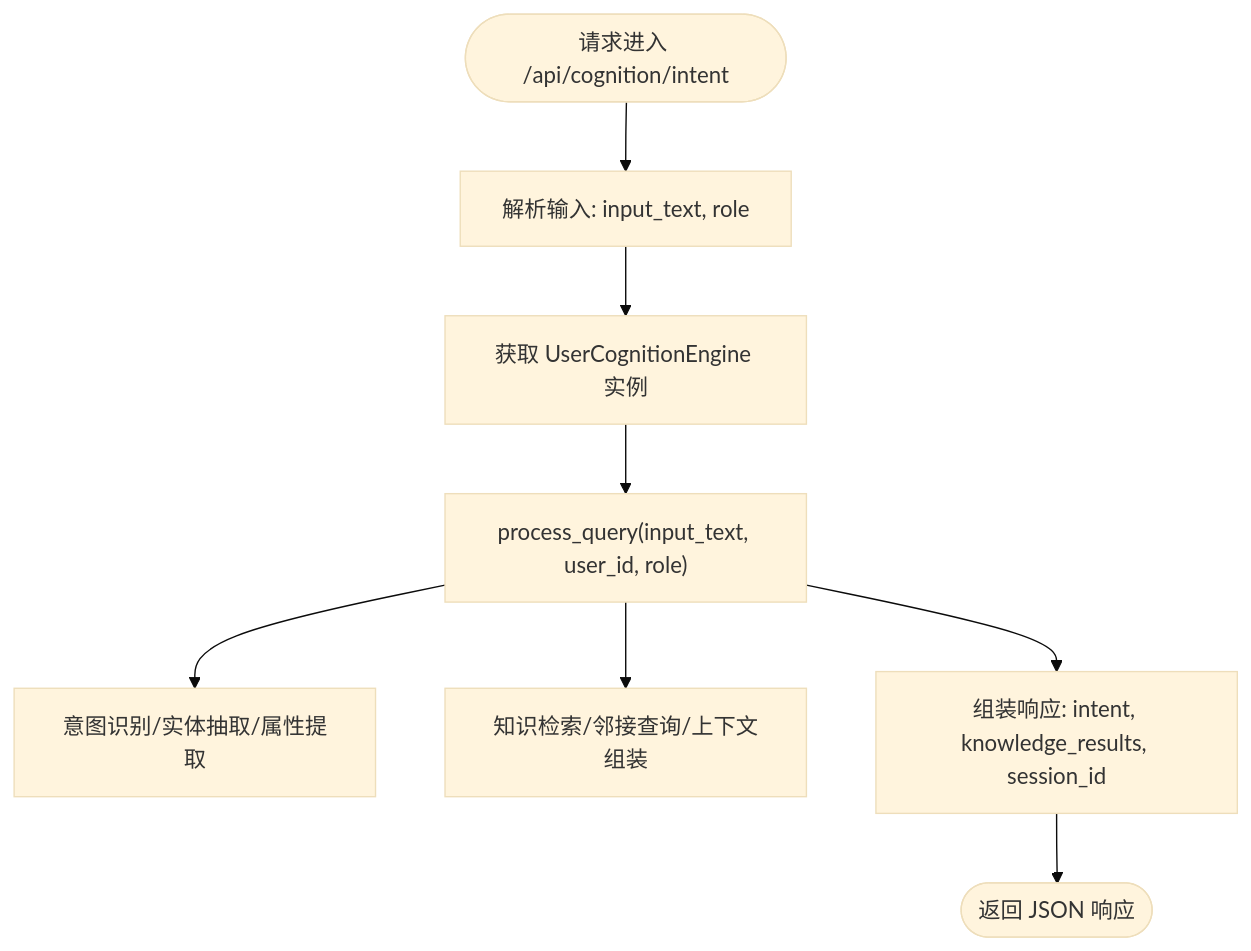
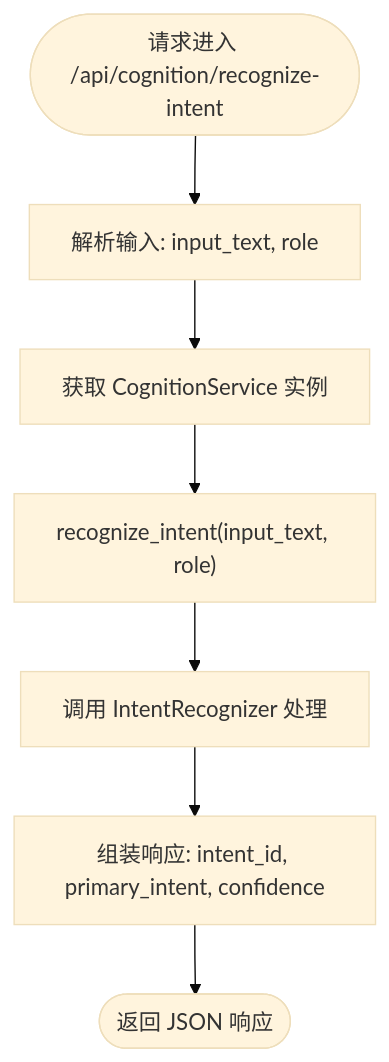
Before and after one commit to inier/ontology-graphiti: the sixth of 8 diagrams in .qoder/repowiki/zh/content/核心模块/核心领域模块/认知引擎.md, drawn with Mermaid (base theme). The commit also changed other lines of this file and 64 other files, not shown here.

````diff
--- a/.qoder/repowiki/zh/content/核心模块/核心领域模块/认知引擎.md
+++ b/.qoder/repowiki/zh/content/核心模块/核心领域模块/认知引擎.md
@@ -306,10 +369,9 @@
 ```mermaid
 flowchart TD
-Start(["请求进入 /api/cognition/intent"]) --> Parse["解析输入: input_text, role"]
-Parse --> GetEngine["获取 UserCognitionEngine 实例"]
-GetEngine --> Process["process_query(input_text, user_id, role)"]
-Process --> Intent["意图识别/实体抽取/属性提取"]
-Process --> Search["知识检索/邻接查询/上下文组装"]
-Process --> BuildResp["组装响应: intent, knowledge_results, session_id"]
+Start(["请求进入 /api/cognition/recognize-intent"]) --> Parse["解析输入: input_text, role"]
+Parse --> GetService["获取 CognitionService 实例"]
+GetService --> Process["recognize_intent(input_text, role)"]
+Process --> CallComp["调用 IntentRecognizer 处理"]
+CallComp --> BuildResp["组装响应: intent_id, primary_intent, confidence"]
 BuildResp --> End(["返回 JSON 响应"])
 ```
````
